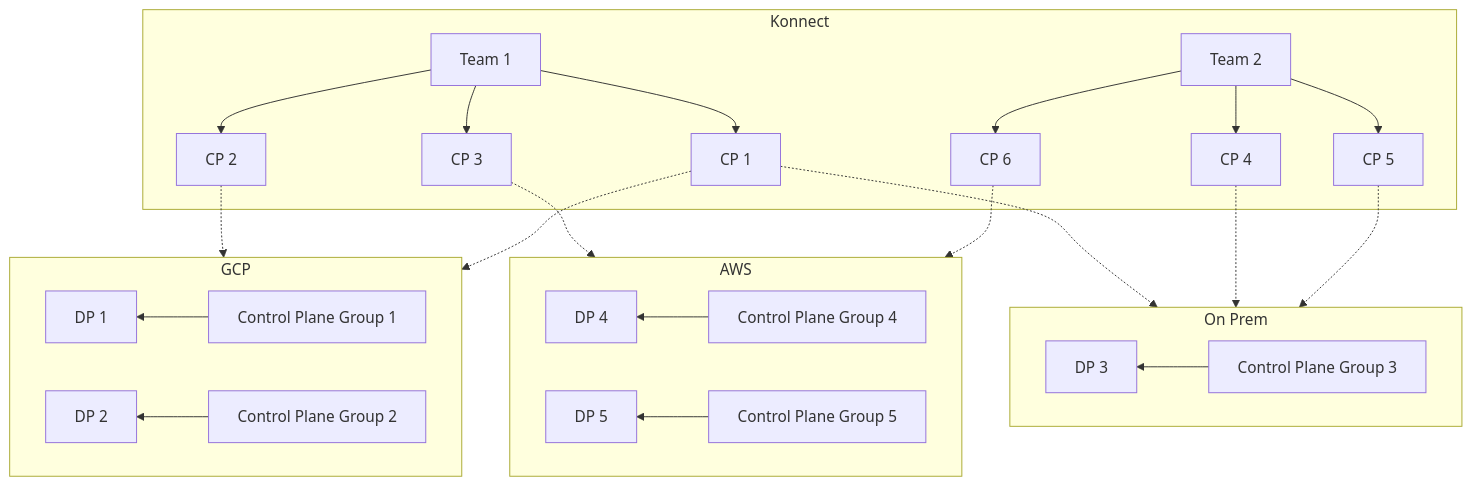
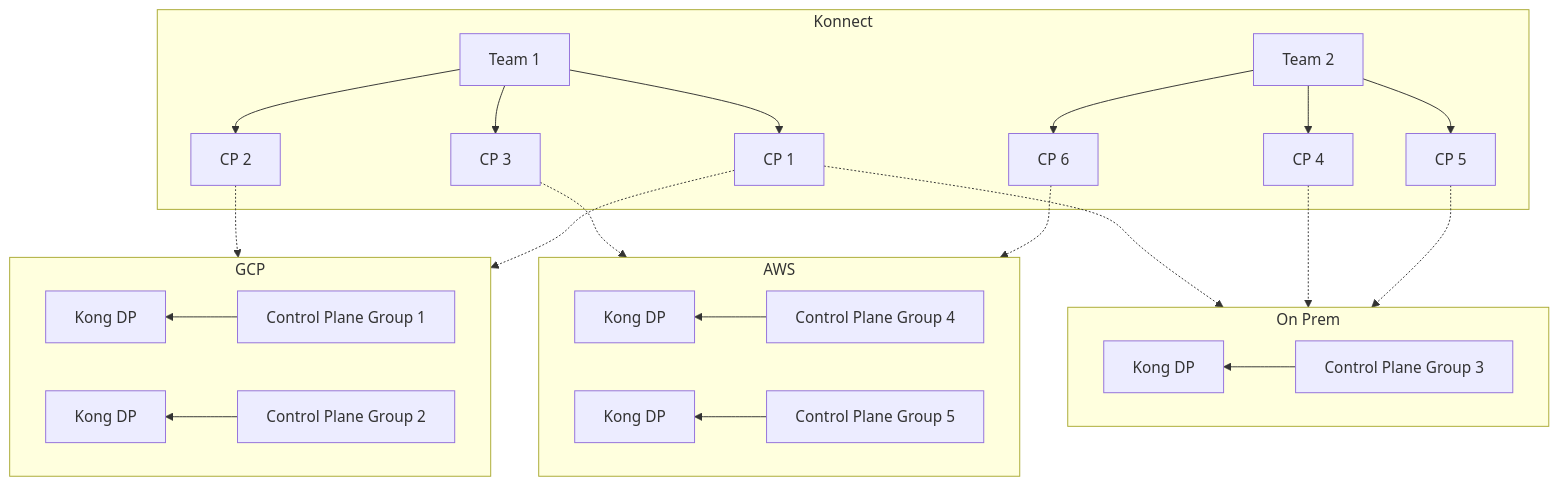
Before and after one commit to pantsel/konnect-platform-ops-demo: the second of 3 diagrams in README.md, drawn with Mermaid.

````diff
--- a/README.md
+++ b/README.md
@@ -210,56 +210,56 @@
 ```mermaid
 graph TD;
   subgraph Konnect
       A[Team 1]
       B[Team 2]
       C[CP 1]
       D[CP 2]
       E[CP 3]
       F[CP 4]
       G[CP 5]
       H[CP 6]
     end
 
     subgraph GCP
       direction RL
         I[ Control Plane Group 1]
         J[ Control Plane Group 2]
-        N[DP 1]
-        O[DP 2]
+        N[Kong DP]
+        O[Kong DP]
     end
 
 
     subgraph On Prem
       direction RL
         K[ Control Plane Group 3]
-        P[DP 3]
+        P[Kong DP]
     end
 
     subgraph AWS
       direction RL
         L[ Control Plane Group 4]
         M[ Control Plane Group 5]
-        Q[DP 4]
-        R[DP 5]
+        Q[Kong DP]
+        R[Kong DP]
     end
 
     A --> C
     A --> D
     A --> E
     B --> F
     B --> G
     B --> H
     C -.-> K
     E -.-> L
     F -.-> K
     G -.-> K
     H -.-> M
     D -.-> J
     C -.-> I
     I --> N
     J --> O
     K --> P
     L --> Q
     M --> R
 
 ```
````
